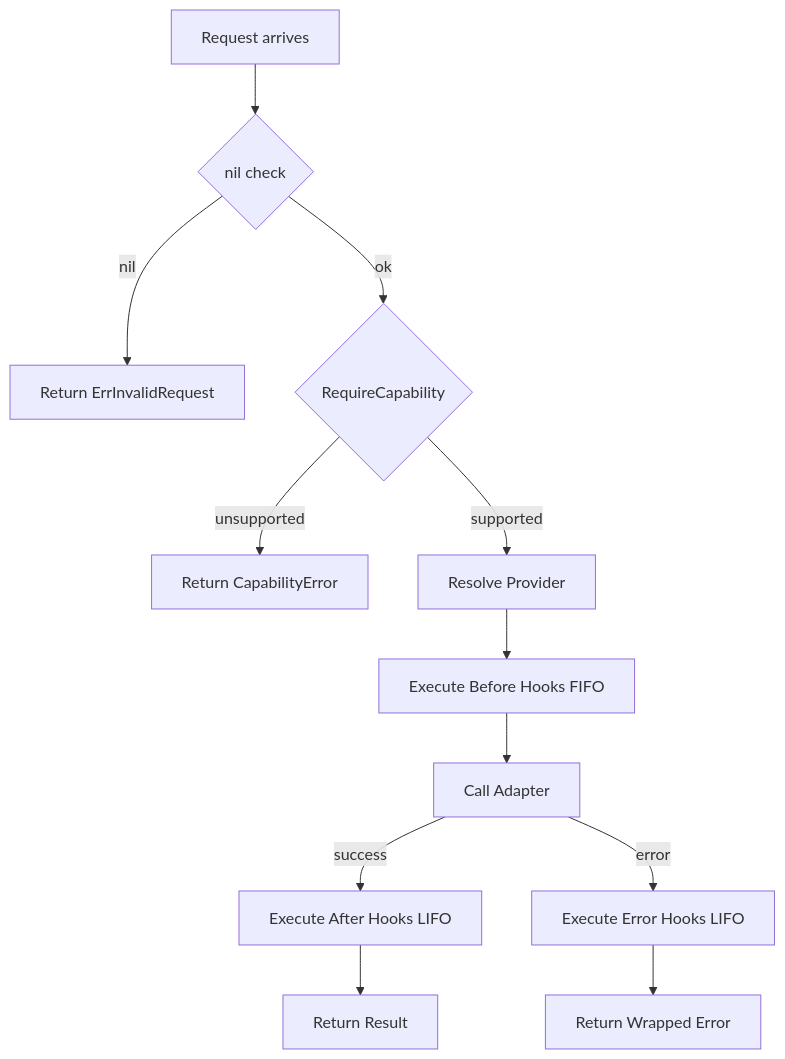
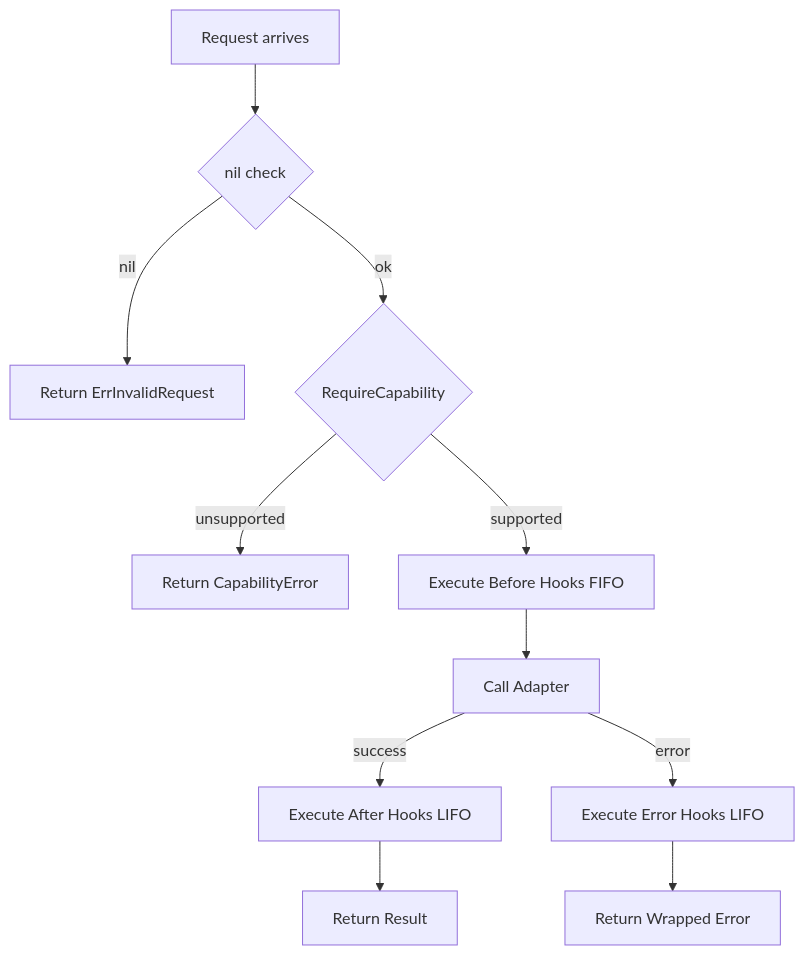
One commit to Bytonomics/multipay-india changed the fourth of 5 diagrams in DESIGN.md. Above: the diagram before and after it, drawn with Mermaid. The commit also changed other lines of this file and 16 other files, not shown here.

First line of the commit message:
refactor!: replace provider registry with single-adapter binding

````diff
--- a/DESIGN.md
+++ b/DESIGN.md
@@ -99,14 +96,13 @@
 ```mermaid
 flowchart TD
     A[Request arrives] --> B{nil check}
     B -->|nil| C[Return ErrInvalidRequest]
     B -->|ok| D{RequireCapability}
     D -->|unsupported| E[Return CapabilityError]
-    D -->|supported| F[Resolve Provider]
-    F --> G[Execute Before Hooks FIFO]
-    G --> H[Call Adapter]
-    H -->|success| I[Execute After Hooks LIFO]
-    H -->|error| J[Execute Error Hooks LIFO]
-    I --> K[Return Result]
-    J --> L[Return Wrapped Error]
+    D -->|supported| F[Execute Before Hooks FIFO]
+    F --> G[Call Adapter]
+    G -->|success| H[Execute After Hooks LIFO]
+    G -->|error| I[Execute Error Hooks LIFO]
+    H --> J[Return Result]
+    I --> K[Return Wrapped Error]
 ```
````
